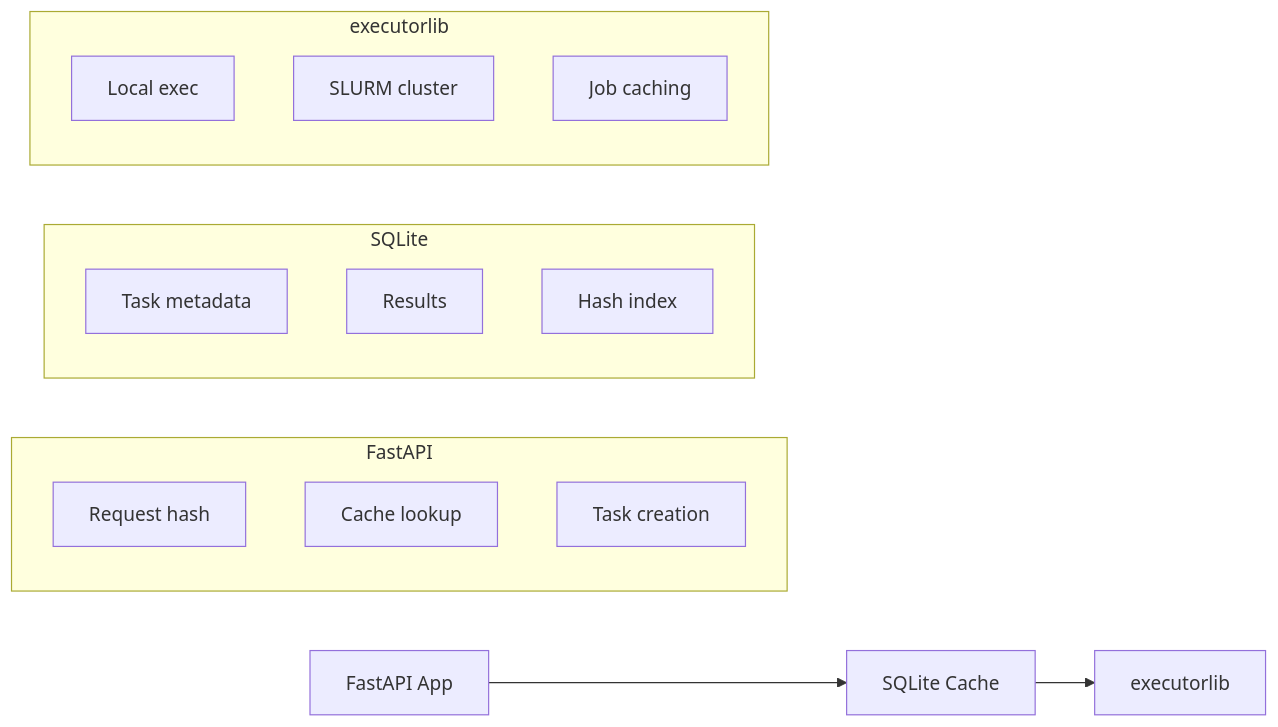
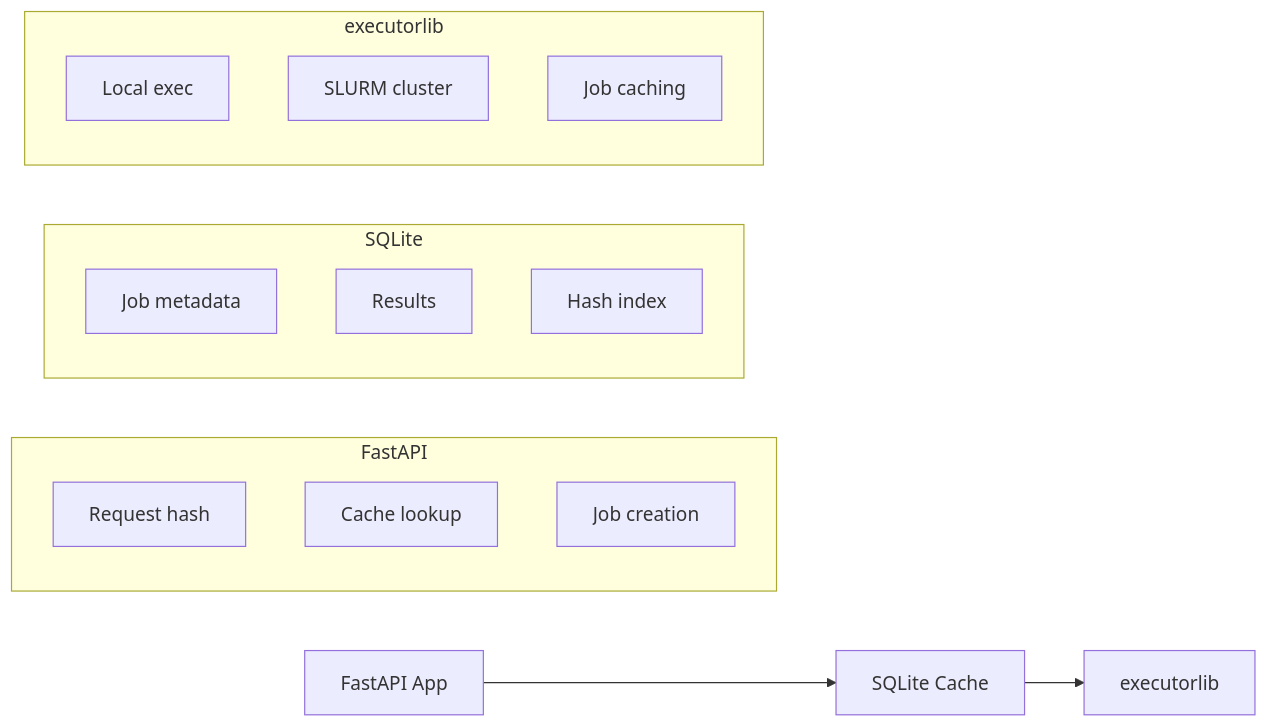
Before and after one commit to glasagent/amorphouspy: the diagram in docs/api_service.md, drawn with Mermaid. The commit also changed other lines of this file and 6 other files, not shown here.

````diff
--- a/docs/api_service.md
+++ b/docs/api_service.md
@@ -9,23 +33,23 @@
 ``` mermaid
 graph LR
     A[FastAPI App] --> B[SQLite Cache]
     B --> C[executorlib]
     
     subgraph FastAPI
     A1[Request hash]
     A2[Cache lookup]
-    A3[Task creation]
+    A3[Job creation]
     end
     
     subgraph SQLite
-    B1[Task metadata]
+    B1[Job metadata]
     B2[Results]
     B3[Hash index]
     end
     
     subgraph executorlib
     C1[Local exec]
     C2[SLURM cluster]
     C3[Job caching]
     end
 ```
````
